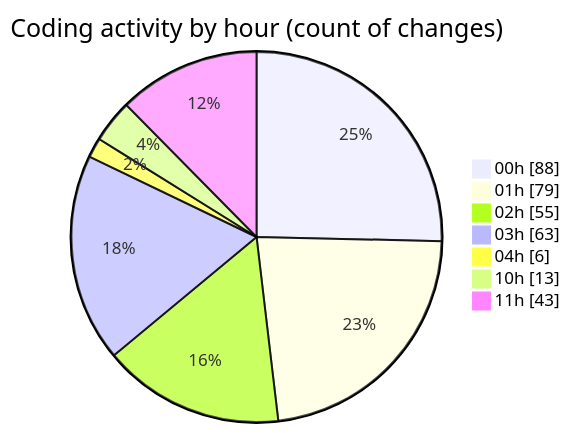
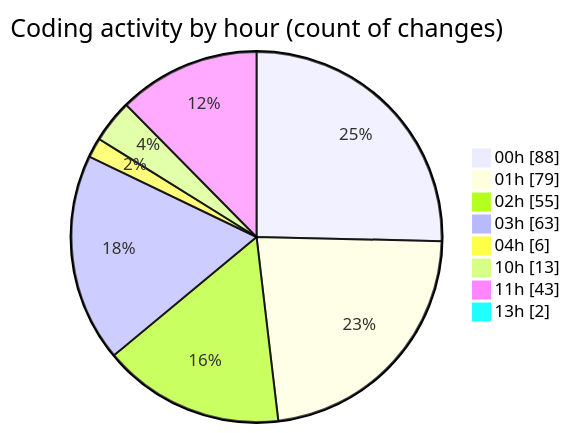
Before and after one commit to lephambinh05/code-tracking: the second of 2 diagrams in 2025-08-16/rentotp/README.md, drawn with Mermaid. The commit also changed other lines of this file and 1 other file, not shown here.

````diff
--- a/2025-08-16/rentotp/README.md
+++ b/2025-08-16/rentotp/README.md
@@ -79,11 +80,12 @@
 ```mermaid
 pie showData
 title Coding activity by hour (count of changes)
 "00h" : 88
 "01h" : 79
 "02h" : 55
 "03h" : 63
 "04h" : 6
 "10h" : 13
 "11h" : 43
+"13h" : 2
 ```
````
